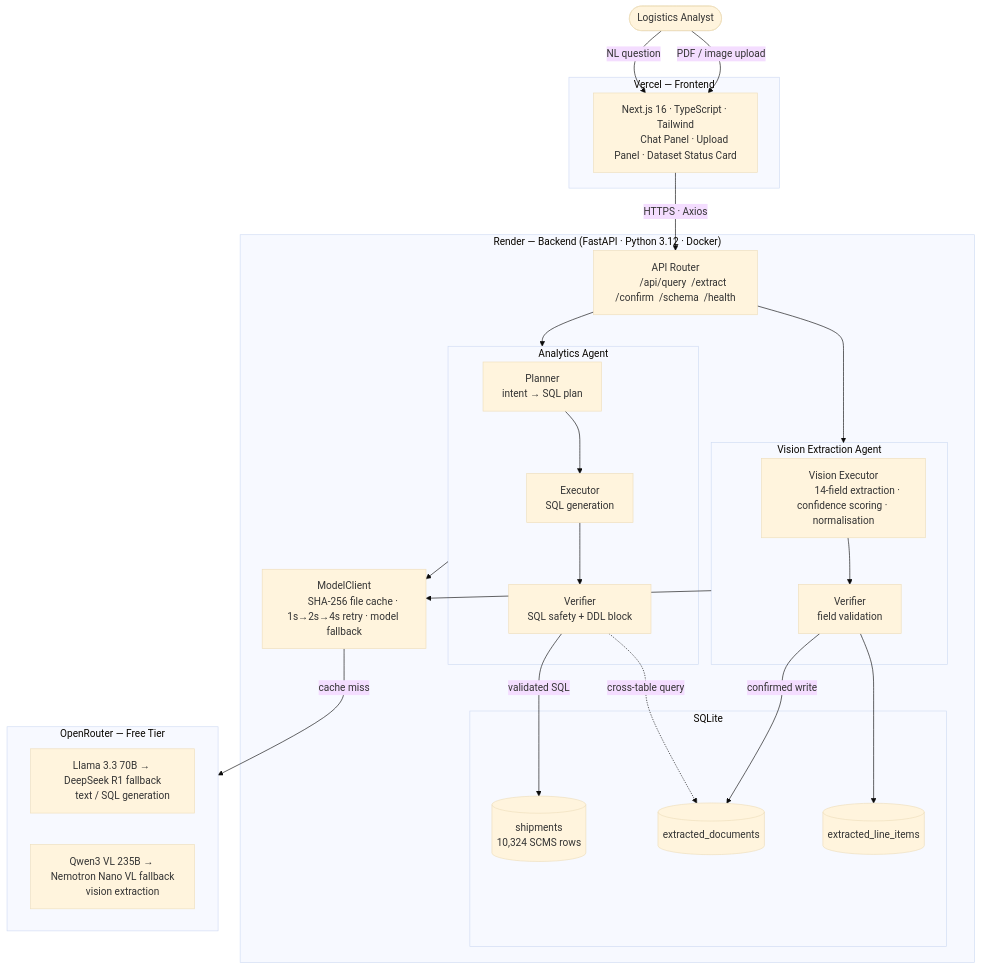
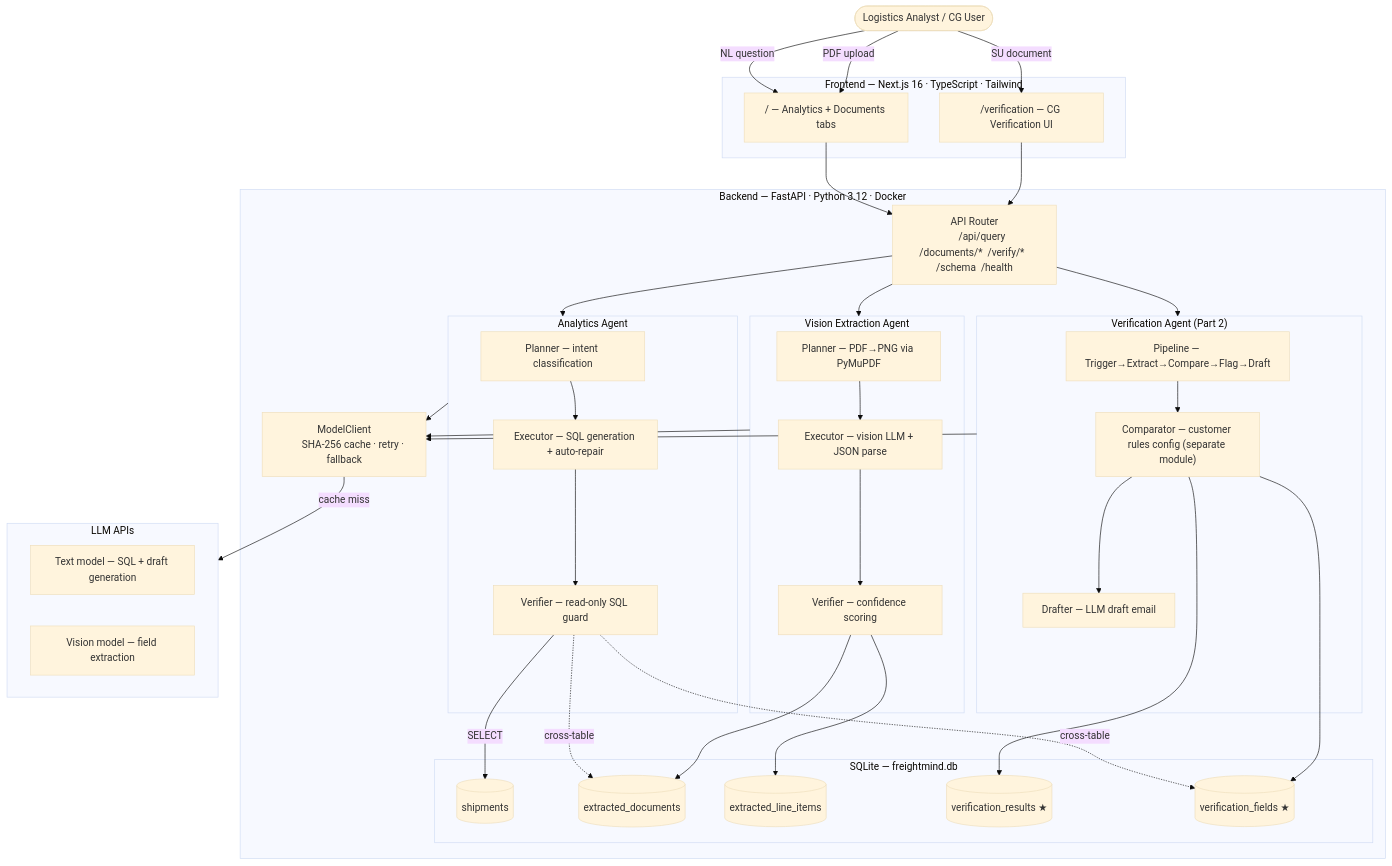
Before and after one commit to arpan1221/freightmind: the first of 4 diagrams in docs/architecture-diagrams.md, drawn with Mermaid (base theme). The commit also changed other lines of this file and 67 other files, not shown here.

First line of the commit message:
feat: verification workflow, multi-doc extraction, demo artifacts

````diff
--- a/docs/architecture-diagrams.md
+++ b/docs/architecture-diagrams.md
@@ -9,62 +9,71 @@
 ```mermaid
 flowchart TB
-    User(["Logistics Analyst"])
+    User(["Logistics Analyst / CG User"])
 
-    subgraph Vercel["Vercel — Frontend"]
-        Next["Next.js 16 · TypeScript · Tailwind
-        Chat Panel · Upload Panel · Dataset Status Card"]
+    subgraph Frontend["Frontend — Next.js 16 · TypeScript · Tailwind"]
+        Main["/ — Analytics + Documents tabs"]
+        VerifPage["/verification — CG Verification UI"]
     end
 
-    subgraph Render["Render — Backend (FastAPI · Python 3.12 · Docker)"]
+    subgraph Backend["Backend — FastAPI · Python 3.12 · Docker"]
         Router["API Router
-        /api/query  /extract  /confirm  /schema  /health"]
+        /api/query  /documents/*  /verify/*  /schema  /health"]
 
         subgraph AnalyticsAgent["Analytics Agent"]
-            AP["Planner
-            intent → SQL plan"]
-            AE["Executor
-            SQL generation"]
-            AV["Verifier
-            SQL safety + DDL block"]
+            AP["Planner — intent classification"]
+            AE["Executor — SQL generation + auto-repair"]
+            AV["Verifier — read-only SQL guard"]
             AP --> AE --> AV
         end
 
-        subgraph VisionAgent["Vision Extraction Agent"]
-            VP["Vision Executor
-            14-field extraction · confidence scoring · normalisation"]
-            VV["Verifier
-            field validation"]
-            VP --> VV
+        subgraph ExtractionAgent["Vision Extraction Agent"]
+            EP["Planner — PDF→PNG via PyMuPDF"]
+            EE["Executor — vision LLM + JSON parse"]
+            EV["Verifier — confidence scoring"]
+            EP --> EE --> EV
+        end
+
+        subgraph VerificationAgent["Verification Agent (Part 2)"]
+            VP2["Pipeline — Trigger→Extract→Compare→Flag→Draft"]
+            VC["Comparator — customer rules config (separate module)"]
+            VD["Drafter — LLM draft email"]
+            VP2 --> VC --> VD
         end
 
         MC["ModelClient
-        SHA-256 file cache · 1s→2s→4s retry · model fallback"]
+        SHA-256 cache · retry · fallback"]
 
-        subgraph DB["SQLite"]
-            S[("shipments
-            10,324 SCMS rows")]
+        subgraph DB["SQLite — freightmind.db"]
+            S[("shipments")]
             ED[("extracted_documents")]
             EL[("extracted_line_items")]
+            VR[("verification_results ★")]
+            VF[("verification_fields ★")]
         end
     end
 
-    subgraph OpenRouter["OpenRouter — Free Tier"]
-        TXT["Llama 3.3 70B → DeepSeek R1 fallback
-        text / SQL generation"]
-        VIS["Qwen3 VL 235B → Nemotron Nano VL fallback
-        vision extraction"]
+    subgraph LLM["LLM APIs"]
+        TXT["Text model — SQL + draft generation"]
+        VIS["Vision model — field extraction"]
     end
 
-    User -- "NL question" --> Next
-    User -- "PDF / image upload" --> Next
-    Next -- "HTTPS · Axios" --> Router
+    User -- "NL question" --> Main
+    User -- "PDF upload" --> Main
+    User -- "SU document" --> VerifPage
+    Main --> Router
+    VerifPage --> Router
     Router --> AnalyticsAgent
-    Router --> VisionAgent
+    Router --> ExtractionAgent
+    Router --> VerificationAgent
     AnalyticsAgent --> MC
-    VisionAgent --> MC
-    MC -- "cache miss" --> OpenRouter
-    AV -- "validated SQL" --> S
-    AV -. "cross-table query" .-> ED
-    VV -- "confirmed write" --> ED
-    VV --> EL
+    ExtractionAgent --> MC
+    VerificationAgent --> MC
+    MC -- "cache miss" --> LLM
+    AV -- "SELECT" --> S
+    AV -. "cross-table" .-> ED
+    AV -. "cross-table" .-> VF
+    EV --> ED
+    EV --> EL
+    VC --> VR
+    VC --> VF
 ```
````
